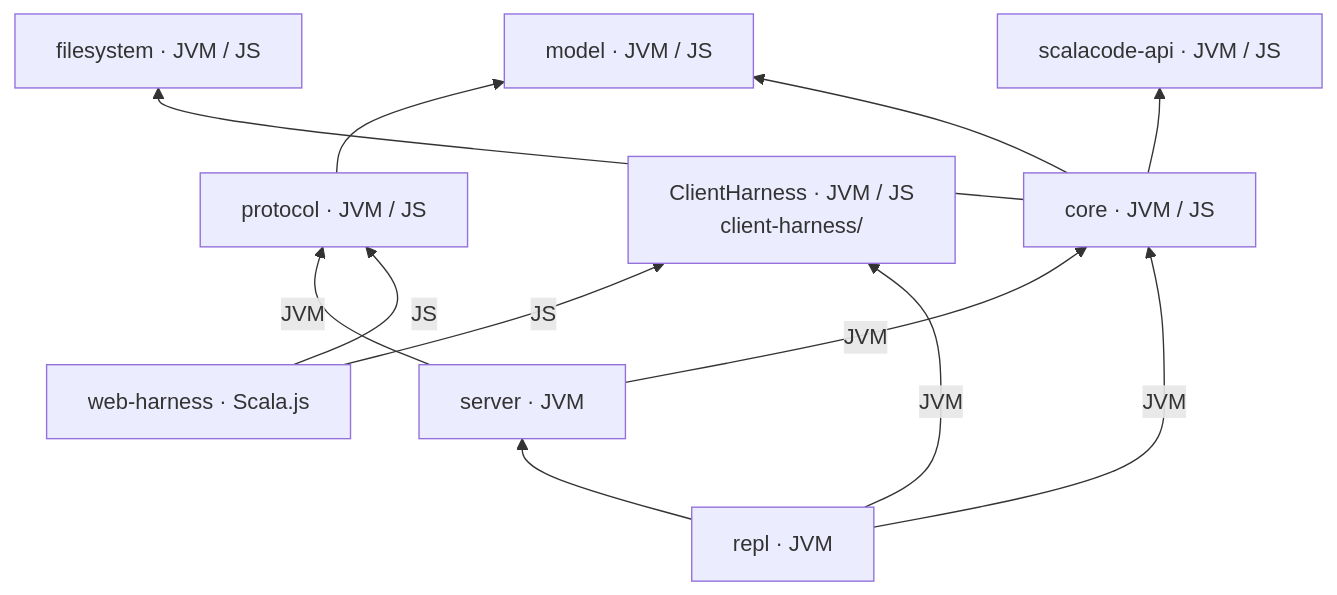
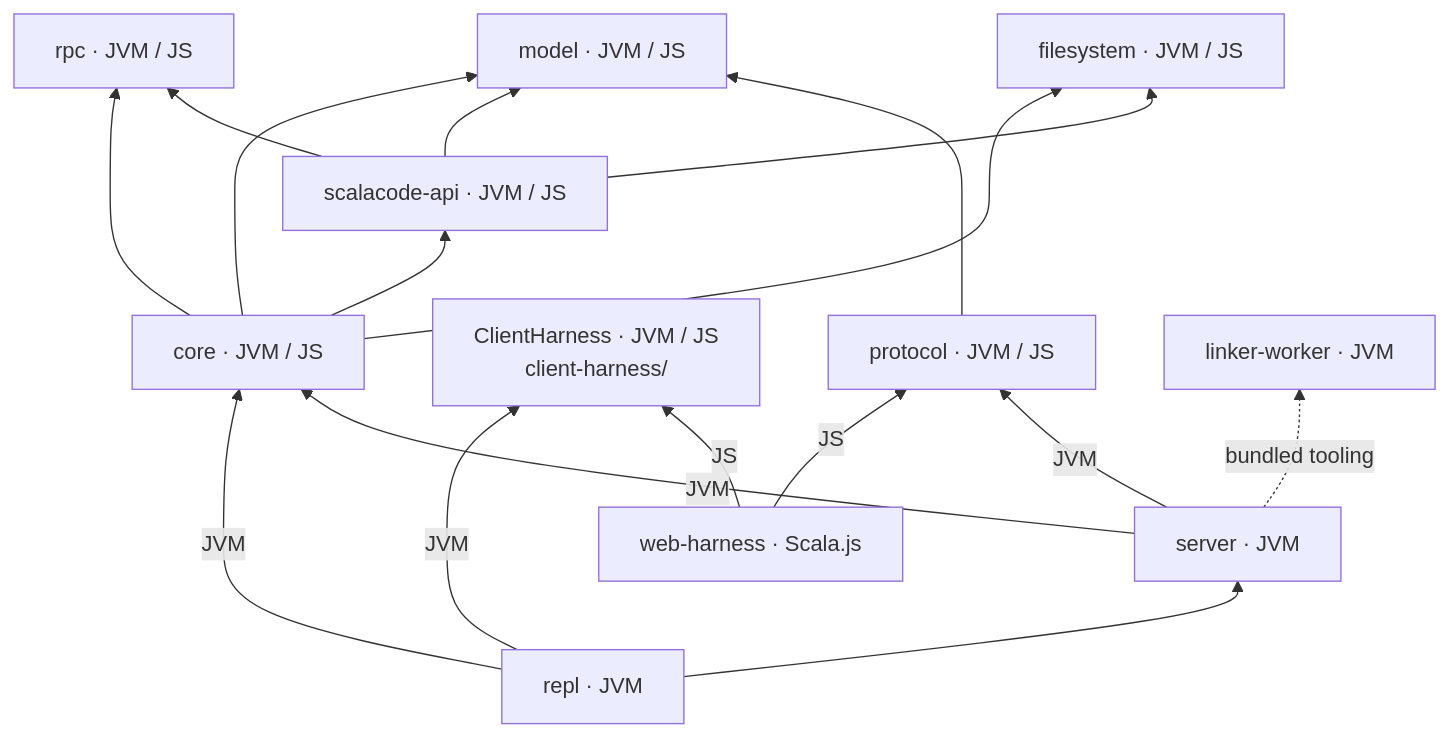
One commit to FabioPinheiro/yallmo changed the diagram in README.md. Above: the diagram before and after it, drawn with Mermaid. The commit also changed other lines of this file and 60 other files, not shown here.

````diff
--- a/README.md
+++ b/README.md
@@ -89,14 +120,19 @@
 ```mermaid
 flowchart BT
     repl["repl · JVM"] --> server["server · JVM"]
     repl -->|JVM| core["core · JVM / JS"]
     repl -->|JVM| harness["ClientHarness · JVM / JS<br/>client-harness/"]
     web["web-harness · Scala.js"] -->|JS| harness
     web -->|JS| protocol["protocol · JVM / JS"]
     server -->|JVM| core
     server -->|JVM| protocol
+    server -.->|bundled tooling| linker["linker-worker · JVM"]
     core --> model["model · JVM / JS"]
     core --> filesystem["filesystem · JVM / JS"]
     core --> scalaApi["scalacode-api · JVM / JS"]
+    core --> rpc["rpc · JVM / JS"]
+    scalaApi --> model
+    scalaApi --> filesystem
+    scalaApi --> rpc
     protocol --> model
 ```
````
